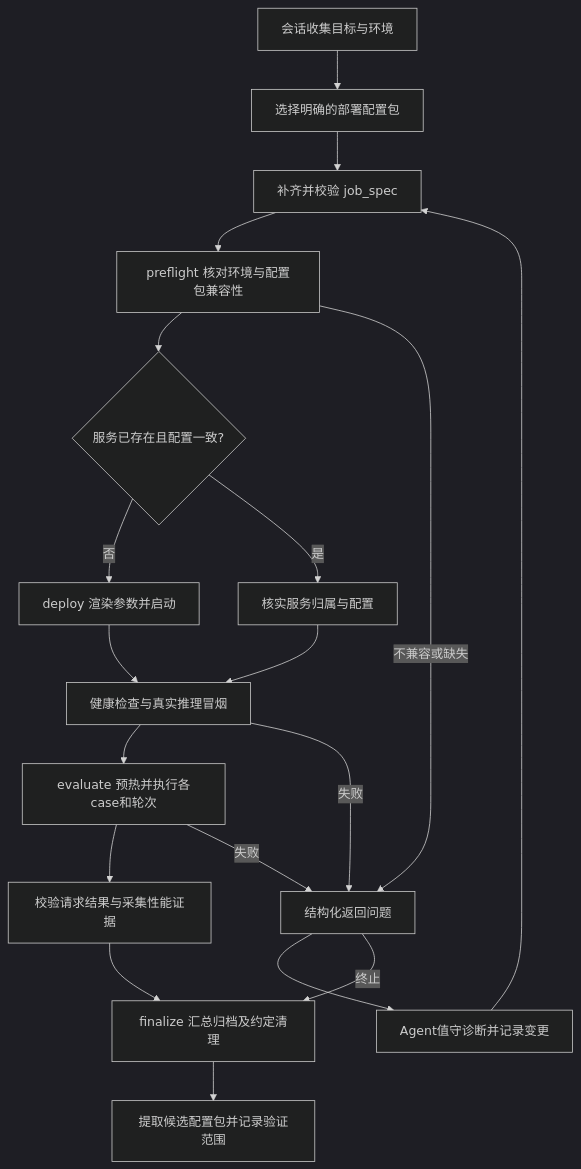
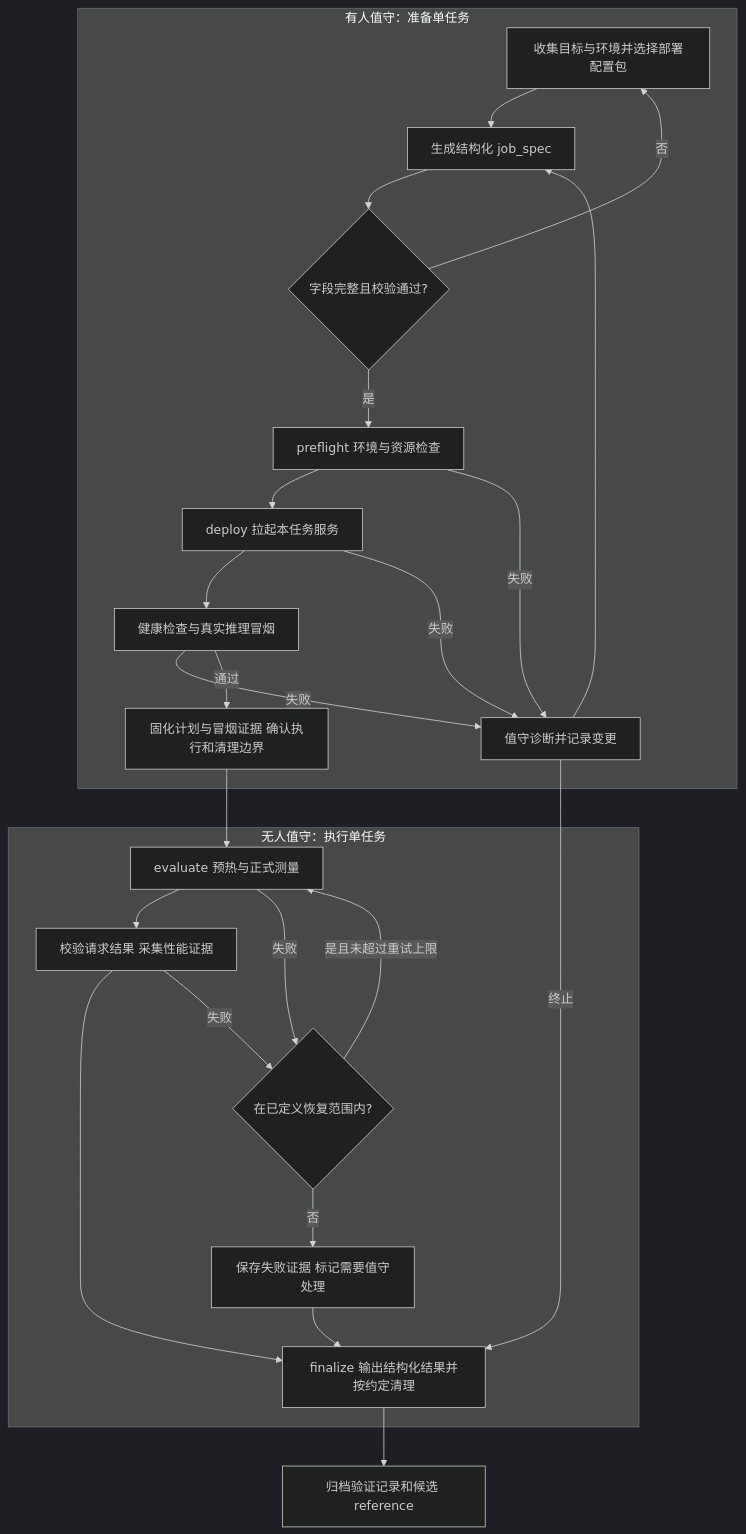
Before and after one commit to csoulnd/autobenchmark: the first of 2 diagrams in docs/deployment-evaluation-v1.md, drawn with Mermaid (dark theme). The commit also changed other lines of this file, not shown here.

Commit message:
docs: separate attended preparation and unattended single-task evaluation

````diff
--- a/docs/deployment-evaluation-v1.md
+++ b/docs/deployment-evaluation-v1.md
@@ -13,21 +23,28 @@
 ```mermaid
 flowchart TD
-    A[会话收集目标与环境] --> B[选择明确的部署配置包]
-    B --> C[补齐并校验 job_spec]
-    C --> D[preflight 核对环境与配置包兼容性]
-    D --> E{服务已存在且配置一致?}
-    E -->|否| F[deploy 渲染参数并启动]
-    E -->|是| G[核实服务归属与配置]
-    F --> H[健康检查与真实推理冒烟]
-    G --> H
-    H --> I[evaluate 预热并执行各case和轮次]
-    I --> J[校验请求结果与采集性能证据]
-    J --> K[finalize 汇总归档及约定清理]
-    K --> L[提取候选配置包并记录验证范围]
-    D -->|不兼容或缺失| M[结构化返回问题]
-    H -->|失败| M
-    I -->|失败| M
-    M --> N[Agent值守诊断并记录变更]
-    N --> C
+    subgraph ATTENDED[有人值守：准备单任务]
+      A[收集目标与环境并选择部署配置包] --> B[生成结构化 job_spec]
+      B --> C{字段完整且校验通过?}
+      C -->|否| A
+      C -->|是| D[preflight 环境与资源检查]
+      D --> F[deploy 拉起本任务服务]
+      F --> H[健康检查与真实推理冒烟]
+      D -->|失败| M[值守诊断并记录变更]
+      F -->|失败| M
+      H -->|失败| M
+      M --> B
+      H -->|通过| G[固化计划与冒烟证据 确认执行和清理边界]
+    end
+    subgraph UNATTENDED[无人值守：执行单任务]
+      G --> I[evaluate 预热与正式测量]
+      I --> J[校验请求结果 采集性能证据]
+      J --> K[finalize 输出结构化结果并按约定清理]
+      I -->|失败| R{在已定义恢复范围内?}
+      J -->|失败| R
+      R -->|是且未超过重试上限| I
+      R -->|否| Q[保存失败证据 标记需要值守处理]
+      Q --> K
+    end
     M -->|终止| K
+    K --> L[归档验证记录和候选 reference]
 ```
````
